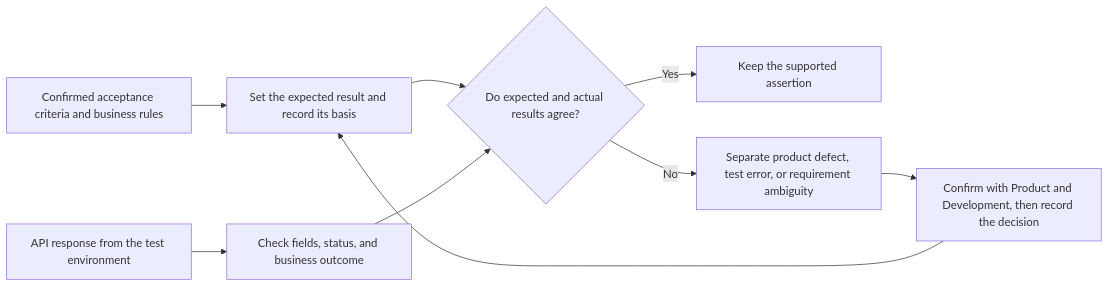
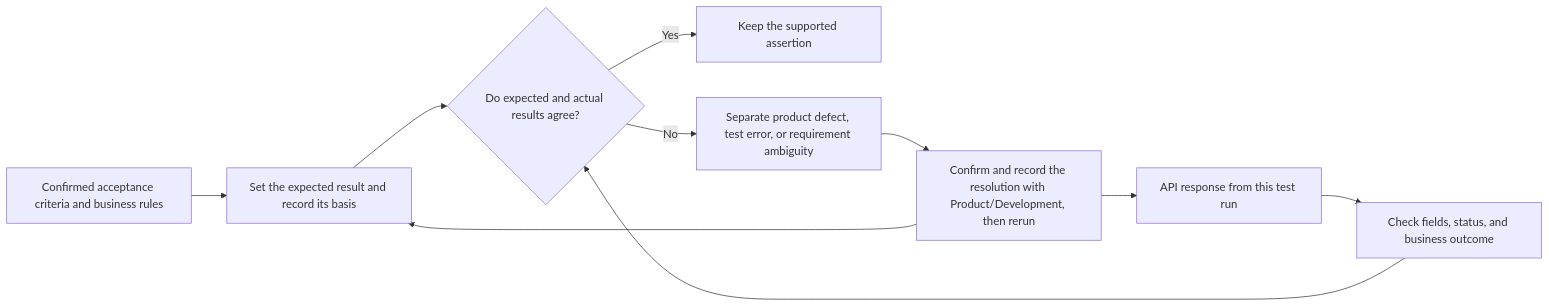
The fourth of 7 diagrams in src/blog/en/AI-Testing/from-script-writer-to-test-strategist.mdx (naodeng/naodeng.com.cn), drawn with Mermaid before and after one commit. The commit also changed other lines of this file and 10 other files, not shown here.

Commit message:
docs: review November blog diagrams

````diff
--- a/src/blog/en/AI-Testing/from-script-writer-to-test-strategist.mdx
+++ b/src/blog/en/AI-Testing/from-script-writer-to-test-strategist.mdx
@@ -138,11 +136,12 @@
 ```mermaid
 flowchart LR
     A[Confirmed acceptance criteria and business rules] --> C[Set the expected result and record its basis]
-    B[API response from the test environment] --> D[Check fields, status, and business outcome]
+    B[API response from this test run] --> D[Check fields, status, and business outcome]
     C --> E{Do expected and actual results agree?}
     D --> E
     E -- Yes --> F[Keep the supported assertion]
     E -- No --> G[Separate product defect, test error, or requirement ambiguity]
-    G --> H[Confirm with Product and Development, then record the decision]
+    G --> H[Confirm and record the resolution with Product/Development, then rerun]
     H --> C
+    H --> B
 ```
````
